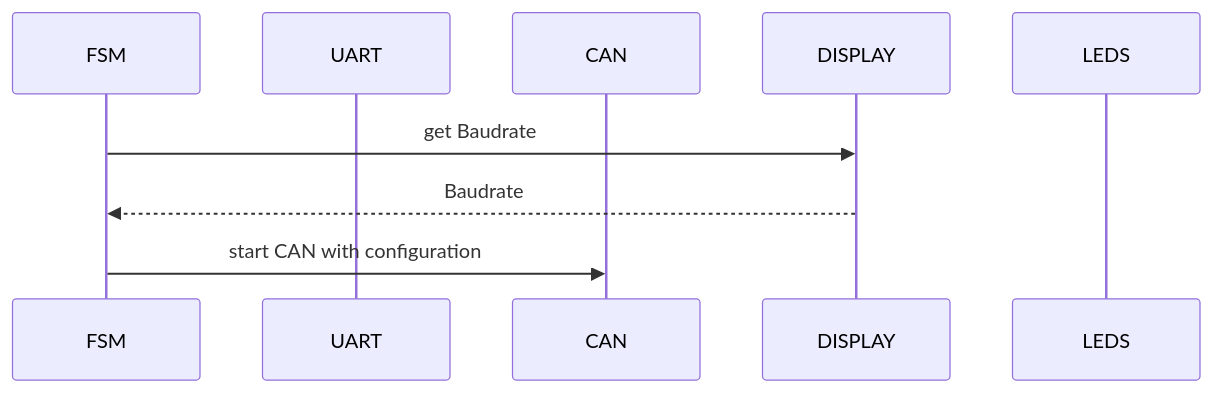
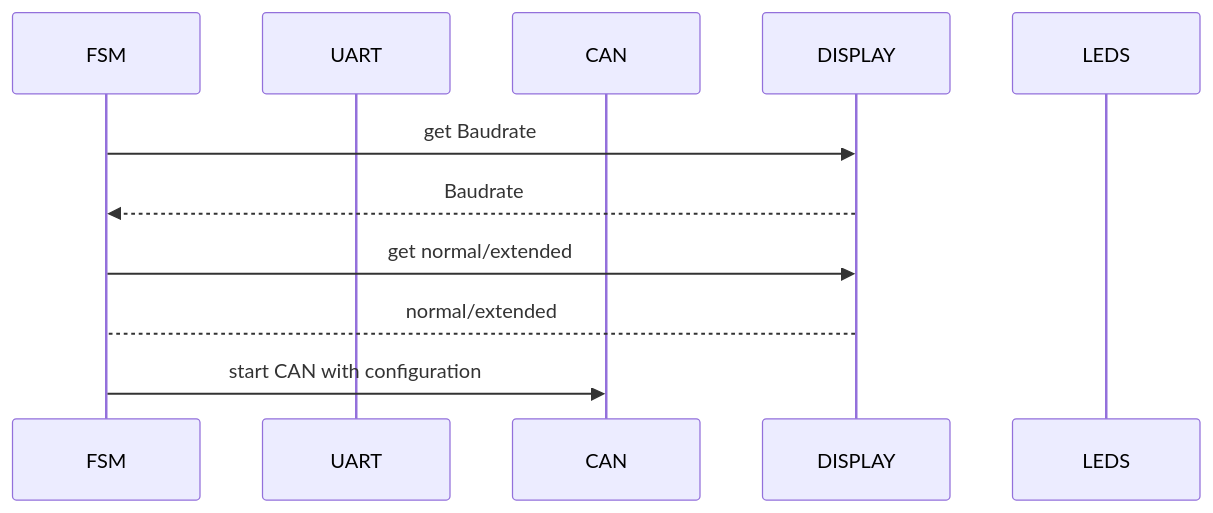
Before and after one commit to michaelgr22/can-to-go-system: the third of 4 diagrams in Software/esp32/can-to-go-system/README.md, drawn with Mermaid. The commit also changed other lines of this file, not shown here.

````diff
--- a/Software/esp32/can-to-go-system/README.md
+++ b/Software/esp32/can-to-go-system/README.md
@@ -32,12 +31,15 @@
 ```mermaid
 sequenceDiagram
     participant FSM
     participant UART
     participant CAN
     participant DISPLAY
     participant LEDS
 
     FSM->>DISPLAY: get Baudrate
     DISPLAY-->>FSM: Baudrate 
+    FSM->>DISPLAY: get normal/extended
+    DISPLAY-->FSM: normal/extended
+
     FSM->>CAN: start CAN with configuration
 ```
````
